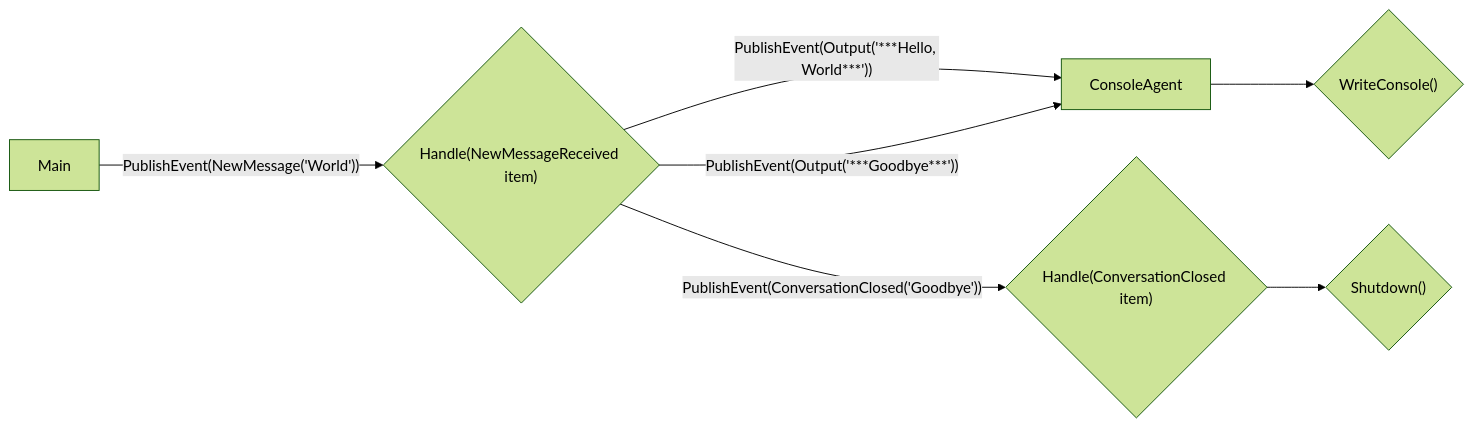
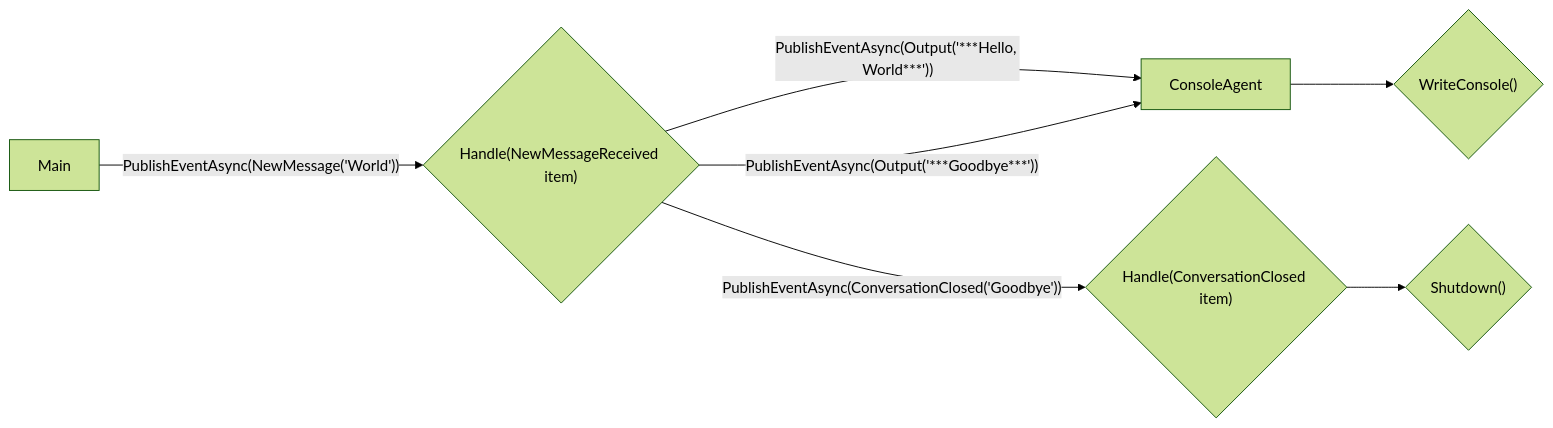
Before and after one commit to microsoft/autogen: the diagram in dotnet/samples/Hello/HelloAgent/README.md, drawn with Mermaid. The commit also changed other lines of this file and 31 other files, not shown here.

````diff
--- a/dotnet/samples/Hello/HelloAgent/README.md
+++ b/dotnet/samples/Hello/HelloAgent/README.md
@@ -25,11 +25,11 @@
 ```mermaid
 %%{init: {'theme':'forest'}}%%
 graph LR;
-    A[Main] --> |"PublishEvent(NewMessage('World'))"| B{"Handle(NewMessageReceived item)"}
-    B --> |"PublishEvent(Output('***Hello, World***'))"| C[ConsoleAgent]
+    A[Main] --> |"PublishEventAsync(NewMessage('World'))"| B{"Handle(NewMessageReceived item)"}
+    B --> |"PublishEventAsync(Output('***Hello, World***'))"| C[ConsoleAgent]
     C --> D{"WriteConsole()"}
-    B --> |"PublishEvent(ConversationClosed('Goodbye'))"| E{"Handle(ConversationClosed item)"}
-    B --> |"PublishEvent(Output('***Goodbye***'))"| C
+    B --> |"PublishEventAsync(ConversationClosed('Goodbye'))"| E{"Handle(ConversationClosed item)"}
+    B --> |"PublishEventAsync(Output('***Goodbye***'))"| C
     E --> F{"Shutdown()"}
 
 ```
````
